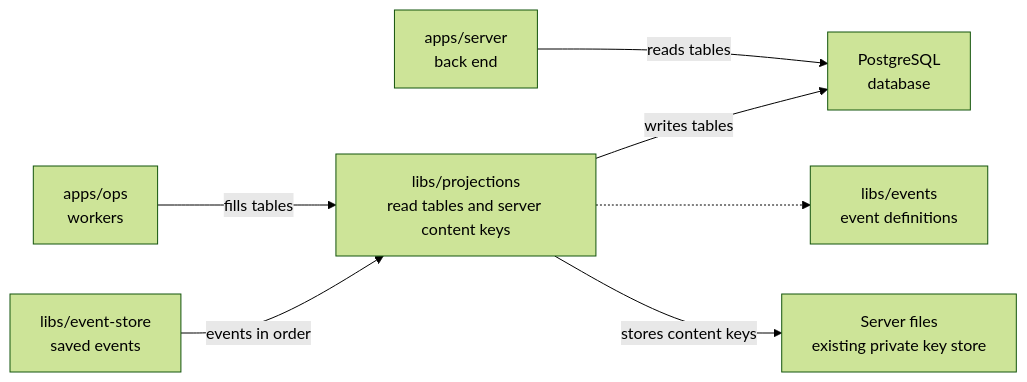
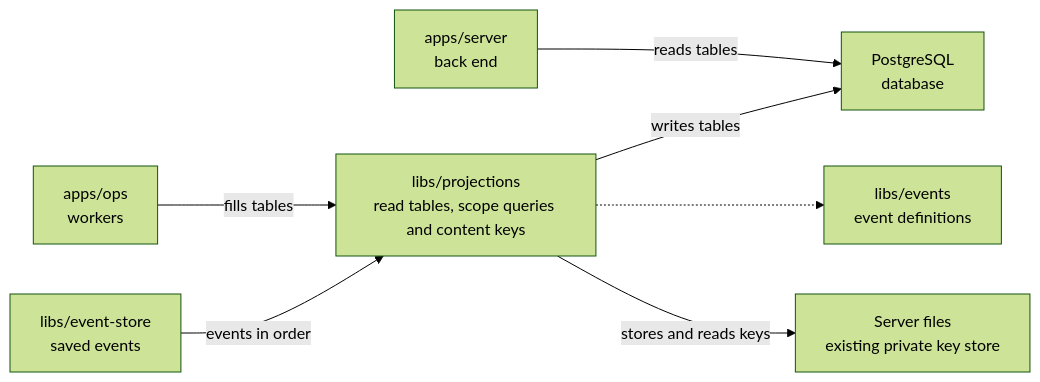
Before and after one commit to elewa-git/opencrane-new: the diagram in libs/projections/README.md, drawn with Mermaid (forest theme). The commit also changed other lines of this file and 21 other files, not shown here.

````diff
--- a/libs/projections/README.md
+++ b/libs/projections/README.md
@@ -23,9 +23,9 @@
 ```mermaid
 flowchart LR
-  ops["apps/ops<br/>workers"] -->|fills tables| projections["libs/projections<br/>read tables and server content keys"]
+  ops["apps/ops<br/>workers"] -->|fills tables| projections["libs/projections<br/>read tables, scope queries and content keys"]
   server["apps/server<br/>back end"] -->|reads tables| pg["PostgreSQL<br/>database"]
   projections -->|writes tables| pg
   store["libs/event-store<br/>saved events"] -->|events in order| projections
   projections -.-> events["libs/events<br/>event definitions"]
-  projections -->|stores content keys| keys["Server files<br/>existing private key store"]
+  projections -->|stores and reads keys| keys["Server files<br/>existing private key store"]
 ```
````
